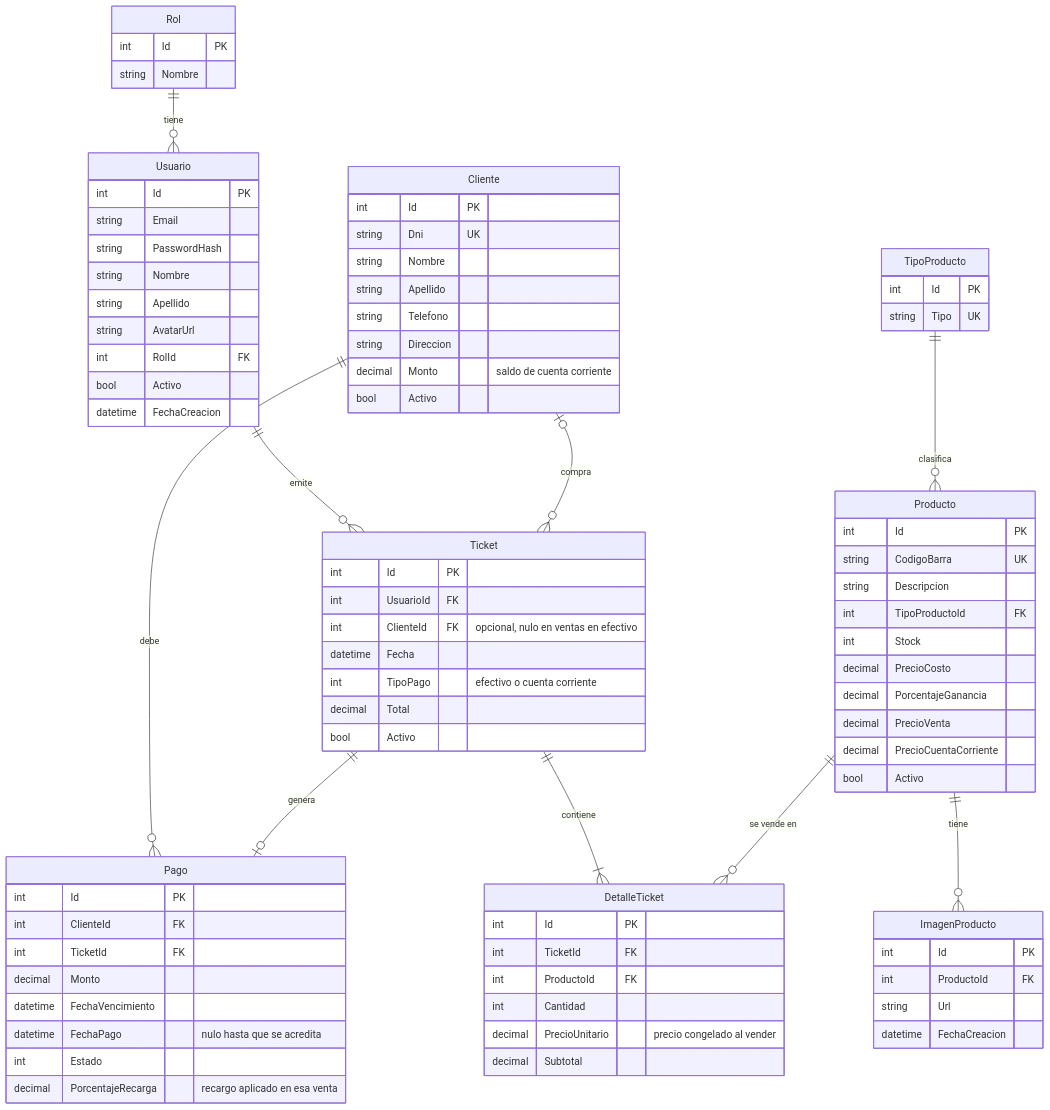
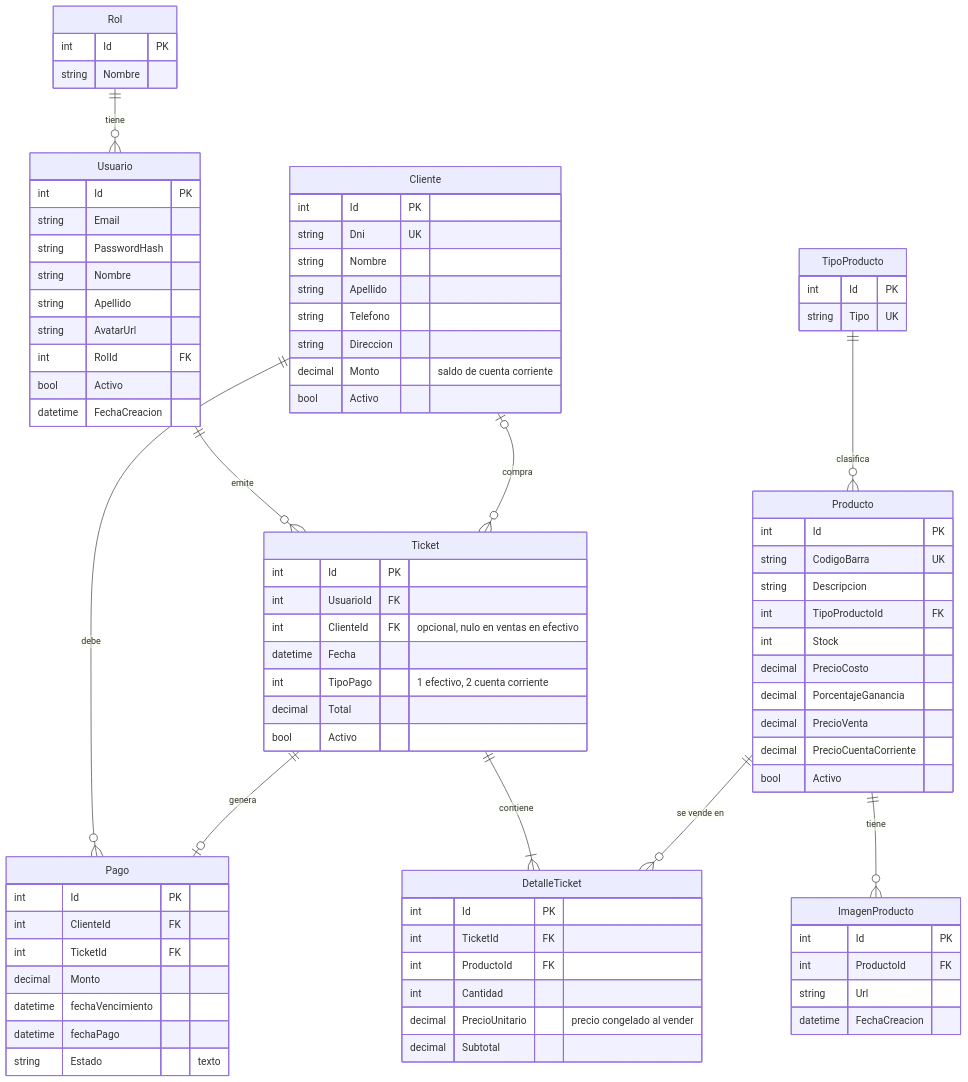
Before and after one commit to FerrandoCarlos/dulces-duendes-app: the diagram in readme.md, drawn with Mermaid. The commit also changed other lines of this file and 5 other files, not shown here.

Commit message:
feat: agrega tarjeta de saldos pendientes en cuenta corriente al dashboard del admin

````diff
--- a/readme.md
+++ b/readme.md
@@ -134,7 +136,7 @@
         int UsuarioId FK
         int ClienteId FK "opcional, nulo en ventas en efectivo"
         datetime Fecha
-        int TipoPago "efectivo o cuenta corriente"
+        int TipoPago "1 efectivo, 2 cuenta corriente"
         decimal Total
         bool Activo
     }
@@ -153,9 +155,8 @@
         int ClienteId FK
         int TicketId FK
         decimal Monto
-        datetime FechaVencimiento
-        datetime FechaPago "nulo hasta que se acredita"
-        int Estado
-        decimal PorcentajeRecarga "recargo aplicado en esa venta"
+        datetime fechaVencimiento
+        datetime fechaPago
+        string Estado "texto"
     }
 ```
````
